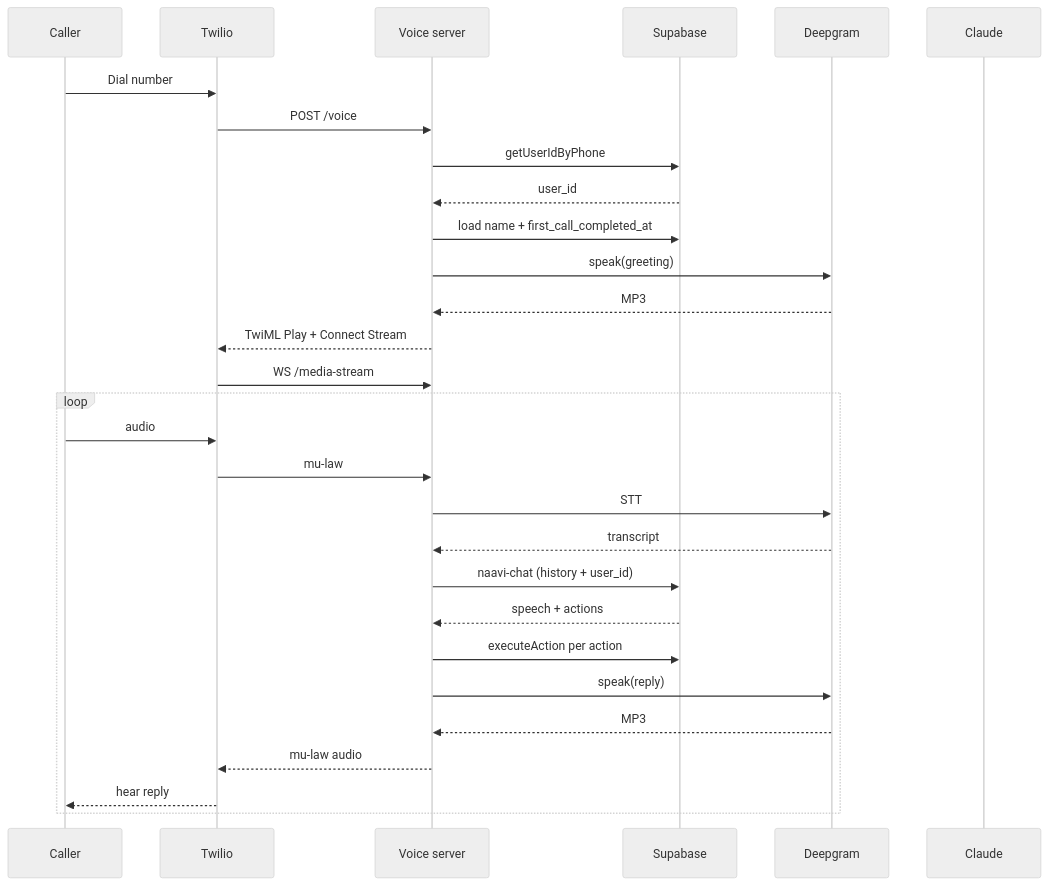
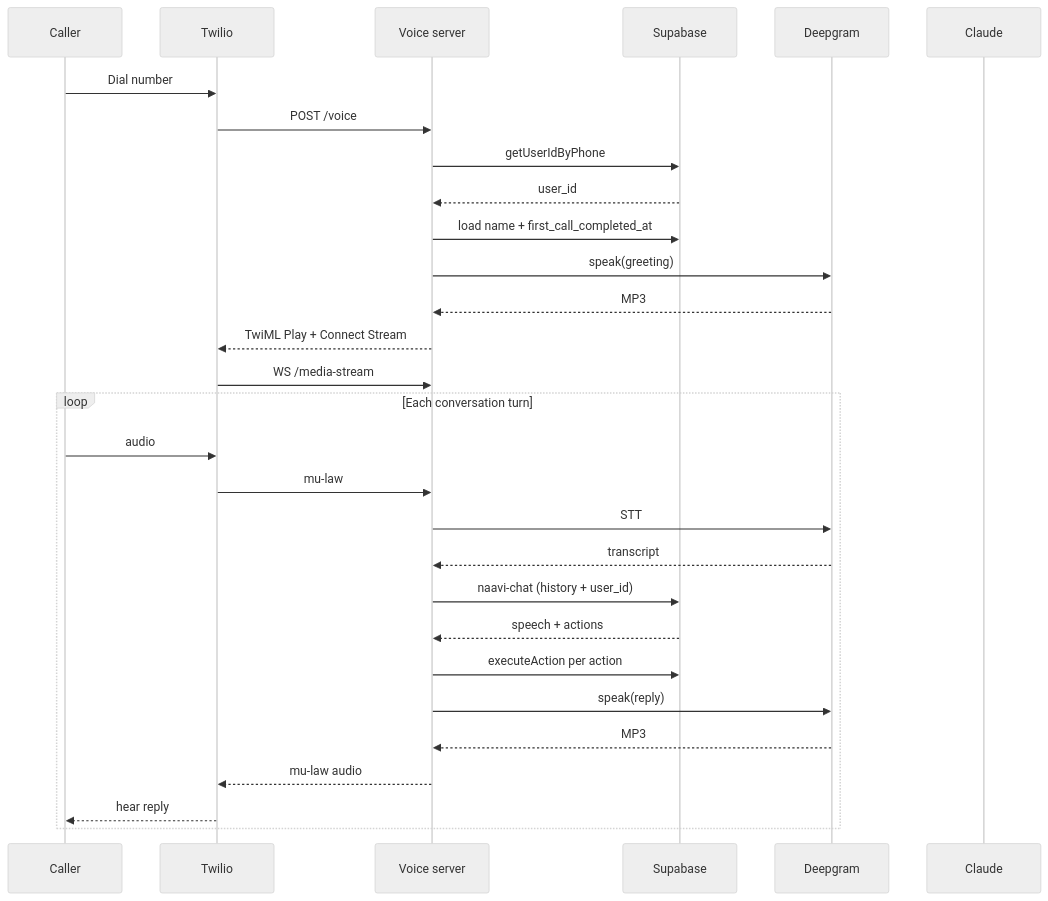
One commit to munk2207/naavi-app changed the fourth of 10 diagrams in docs/ARCHITECTURE_2026-05-13.md. Above: the diagram before and after it, drawn with Mermaid (neutral theme). The commit also changed other lines of this file and 1 other file, not shown here.

First line of the commit message:
Docs — fix Mermaid syntax in 9.2 + 9.3 sequence diagrams

````diff
--- a/docs/ARCHITECTURE_2026-05-13.md
+++ b/docs/ARCHITECTURE_2026-05-13.md
@@ -489,32 +489,32 @@
 ```mermaid
 sequenceDiagram
   participant C as Caller
   participant T as Twilio
   participant V as Voice server
   participant SB as Supabase
   participant DG as Deepgram
   participant CL as Claude
 
   C->>T: Dial number
   T->>V: POST /voice
   V->>SB: getUserIdByPhone
   SB-->>V: user_id
   V->>SB: load name + first_call_completed_at
   V->>DG: speak(greeting)
   DG-->>V: MP3
   V-->>T: TwiML Play + Connect Stream
   T->>V: WS /media-stream
-  loop
+  loop Each conversation turn
     C->>T: audio
     T->>V: mu-law
     V->>DG: STT
     DG-->>V: transcript
     V->>SB: naavi-chat (history + user_id)
     SB-->>V: speech + actions
     V->>SB: executeAction per action
     V->>DG: speak(reply)
     DG-->>V: MP3
     V-->>T: mu-law audio
     T-->>C: hear reply
   end
 ```
````
